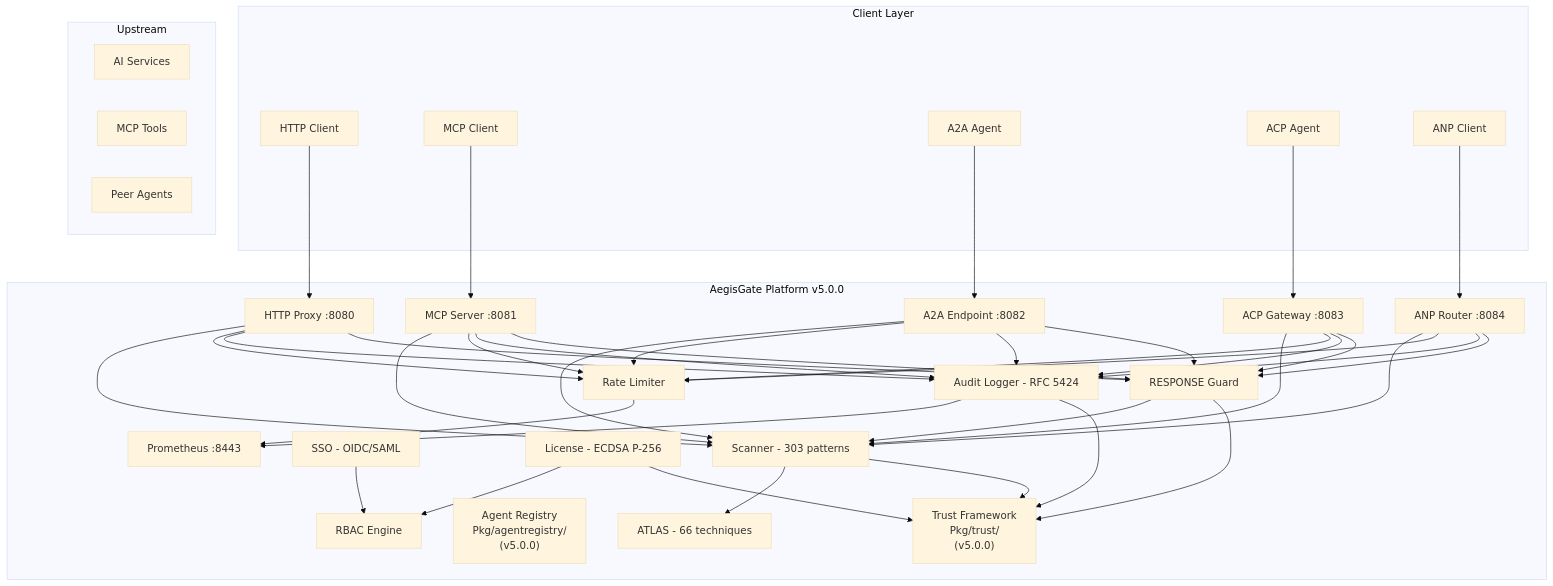
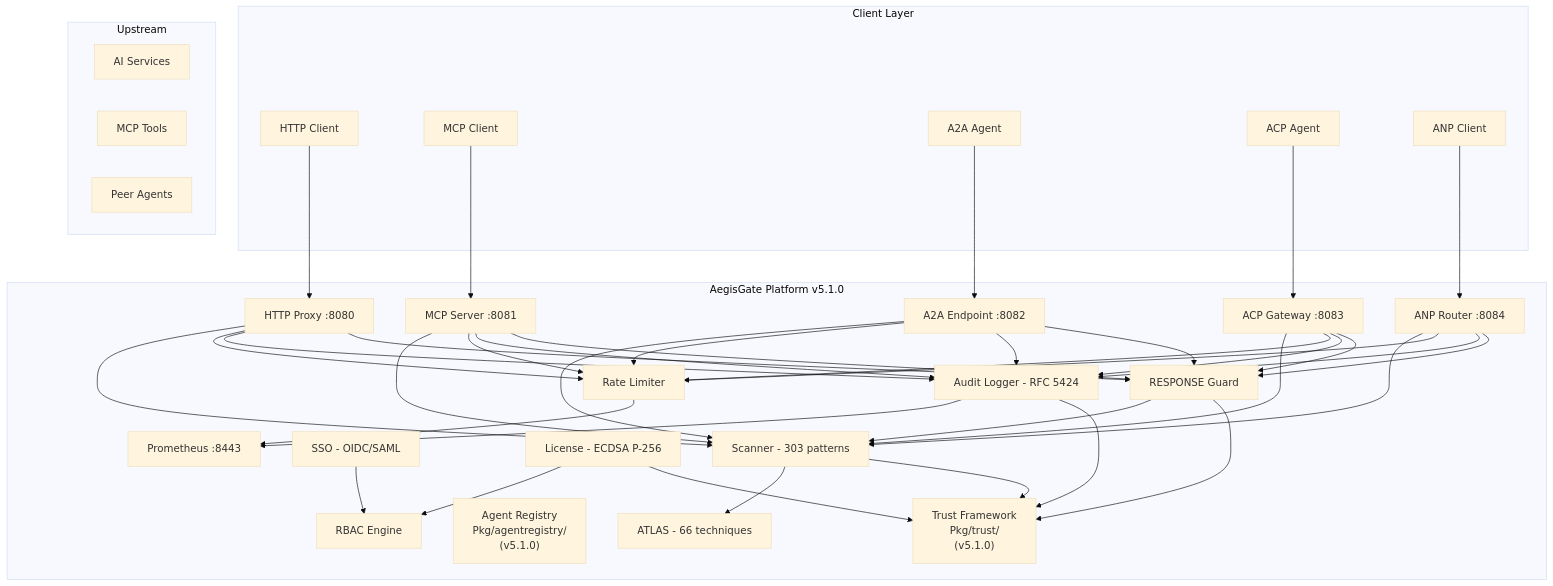
The diagram in content/tech.md (aegisgatesecurity/aegisgate-site), drawn with Mermaid (base theme) before and after one commit. The commit also changed other lines of this file and 14 other files, not shown here.

```diff
--- a/content/tech.md
+++ b/content/tech.md
@@ -12,62 +12,62 @@
 {{< mermaid >}}
 flowchart TB
     subgraph Client["Client Layer"]
         A["HTTP Client"]
         B["MCP Client"]
         C["A2A Agent"]
         D["ACP Agent"]
         E["ANP Client"]
     end
 
-    subgraph AegisGate["AegisGate Platform v5.0.0"]
+    subgraph AegisGate["AegisGate Platform v5.1.0"]
         G["HTTP Proxy :8080"]
         H["MCP Server :8081"]
         I["A2A Endpoint :8082"]
         J["ACP Gateway :8083"]
         K["ANP Router :8084"]
         L["RESPONSE Guard"]
-        TR["Trust Framework\nPkg/trust/\n(v5.0.0)"]
-        AR["Agent Registry\nPkg/agentregistry/\n(v5.0.0)"]
+        TR["Trust Framework\nPkg/trust/\n(v5.1.0)"]
+        AR["Agent Registry\nPkg/agentregistry/\n(v5.1.0)"]
 
         M["Scanner - 303 patterns"]
         N["ATLAS - 66 techniques"]
         O["Rate Limiter"]
         P["Audit Logger - RFC 5424"]
 
         Q["SSO - OIDC/SAML"]
         R["RBAC Engine"]
         S["License - ECDSA P-256"]
 
         T["Prometheus :8443"]
     end
 
     subgraph Upstream["Upstream"]
         U["AI Services"]
         V["MCP Tools"]
         W["Peer Agents"]
     end
 
     A --> G
     B --> H
     C --> I
     D --> J
     E --> K
 
     G --> M & O & P & L
     H --> M & O & P & L
     I --> M & O & P & L
     J --> M & O & P & L
     K --> M & O & P & L
 
     M --> N
     L --> M
     O --> T
     P --> T
     Q --> R
     S --> R
 
     M --> TR
     L --> TR
     P --> TR
     S --> TR
 {{< /mermaid >}}
```
